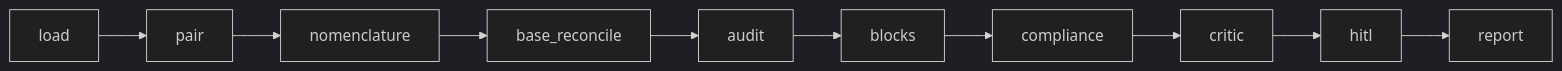
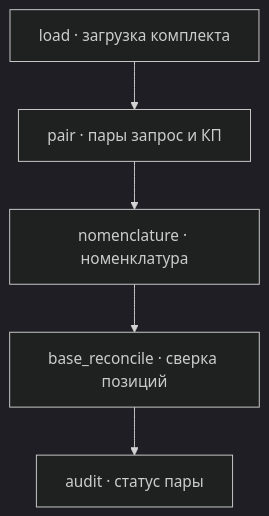
One commit to EdwFa/kp-check changed the second of 3 diagrams in docs/system.md. Above: the diagram before and after it, drawn with Mermaid (dark theme). The commit also changed other lines of this file and 2 other files, not shown here.

Commit message:
Show the graph sequence in two columns so the steps stay readable.

````diff
--- a/docs/system.md
+++ b/docs/system.md
@@ -39,12 +42,12 @@
 ```mermaid
-flowchart LR
-  load[load] --> pair[pair]
-  pair --> nomenclature[nomenclature]
-  nomenclature --> baseReconcile[base_reconcile]
-  baseReconcile --> audit[audit]
-  audit --> blocks[blocks]
-  blocks --> compliance[compliance]
-  compliance --> critic[critic]
-  critic --> hitl[hitl]
-  hitl --> report[report]
+flowchart TD
+  load["load · загрузка комплекта"]
+  pair["pair · пары запрос и КП"]
+  nomenclature["nomenclature · номенклатура"]
+  baseReconcile["base_reconcile · сверка позиций"]
+  audit["audit · статус пары"]
+  load --> pair
+  pair --> nomenclature
+  nomenclature --> baseReconcile
+  baseReconcile --> audit
 ```
````
